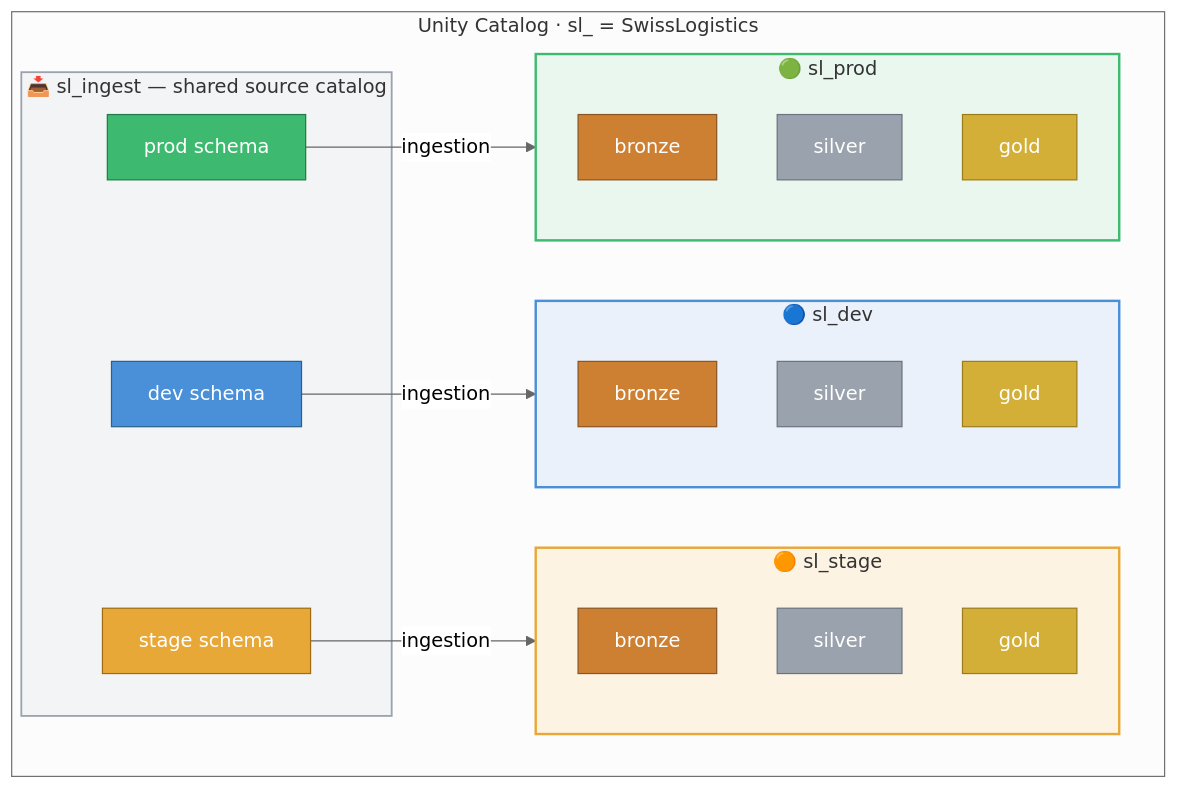
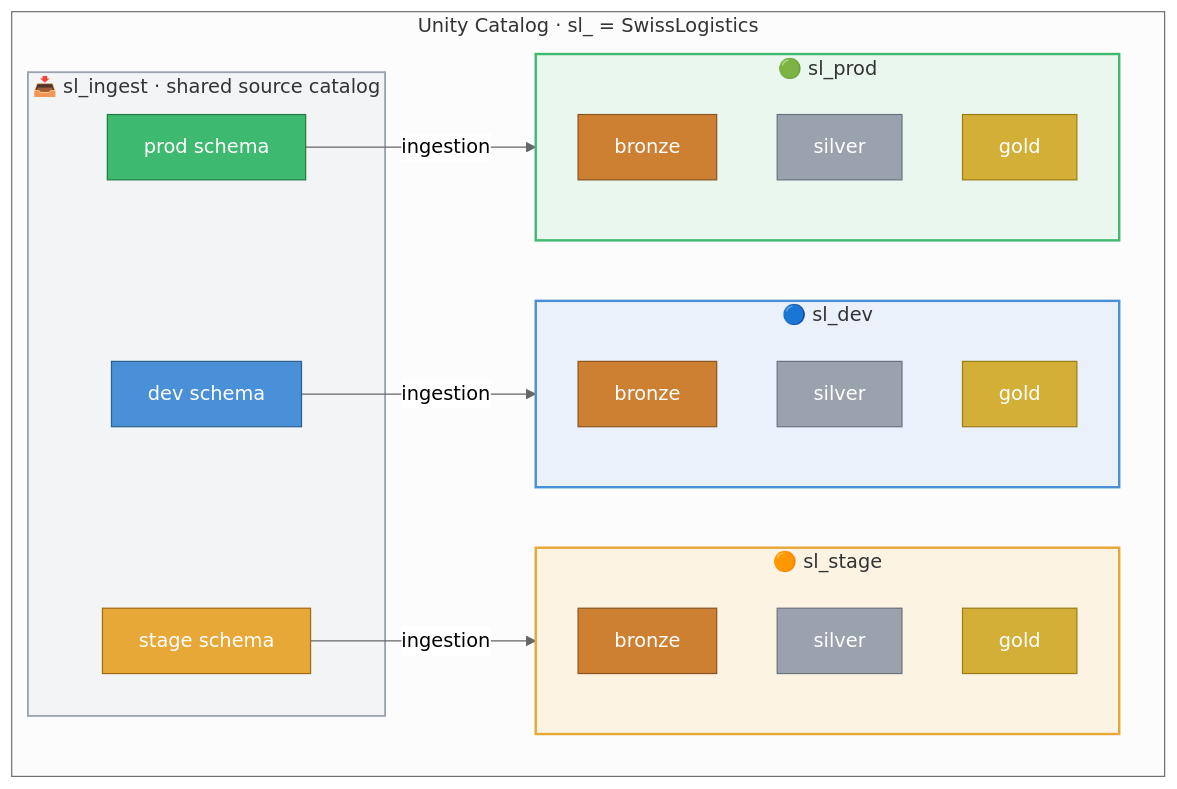
One commit to schmucas/databricks_de_professional_practice changed the fourth of 5 diagrams in README.md. Above: the diagram before and after it, drawn with Mermaid (neutral theme). The commit also changed other lines of this file and 2 other files, not shown here.

````diff
--- a/README.md
+++ b/README.md
@@ -216,44 +238,44 @@
 ```mermaid
 flowchart TB
     subgraph UC["Unity Catalog · sl_ = SwissLogistics"]
-        subgraph ingest["📥 sl_ingest — shared source catalog"]
+        subgraph ingest["📥 sl_ingest · shared source catalog"]
             I_DEV[dev schema]:::dev
             I_STG[stage schema]:::stage
             I_PRD[prod schema]:::prod
         end
 
         subgraph dev_cat["🔵 sl_dev"]
             D_B[bronze]:::bronze
             D_S[silver]:::silver
             D_G[gold]:::gold
         end
 
         subgraph stage_cat["🟠 sl_stage"]
             ST_B[bronze]:::bronze
             ST_S[silver]:::silver
             ST_G[gold]:::gold
         end
 
         subgraph prod_cat["🟢 sl_prod"]
             P_B[bronze]:::bronze
             P_S[silver]:::silver
             P_G[gold]:::gold
         end
     end
 
     I_DEV -->|ingestion| dev_cat
     I_STG -->|ingestion| stage_cat
     I_PRD -->|ingestion| prod_cat
 
     classDef dev    fill:#4a90d9,stroke:#2c5f8a,color:#fff
     classDef stage  fill:#e8a838,stroke:#a06b10,color:#fff
     classDef prod   fill:#3dba6f,stroke:#217a44,color:#fff
     classDef bronze fill:#cd7f32,stroke:#8a5522,color:#fff
     classDef silver fill:#9aa3ad,stroke:#6b7280,color:#fff
     classDef gold   fill:#d4af37,stroke:#9a7d1a,color:#fff
 
     style ingest    fill:#f3f4f6,stroke:#9aa3ad,stroke-width:1.5px
     style dev_cat   fill:#eaf1fb,stroke:#4a90d9,stroke-width:2px
     style stage_cat fill:#fdf3e3,stroke:#e8a838,stroke-width:2px
     style prod_cat  fill:#e9f7ef,stroke:#3dba6f,stroke-width:2px
 ```
````
